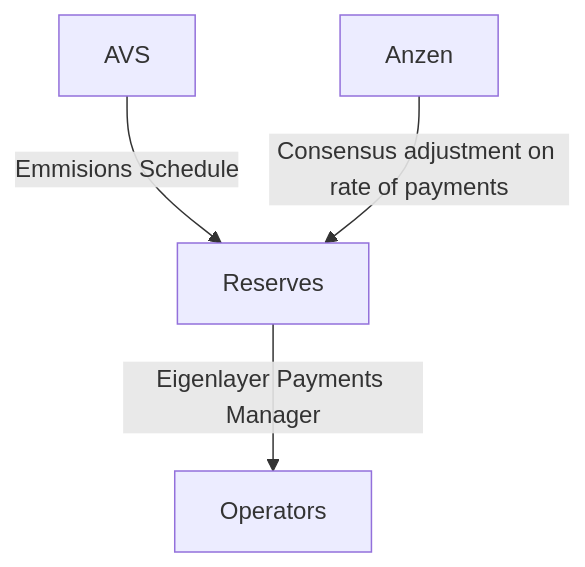
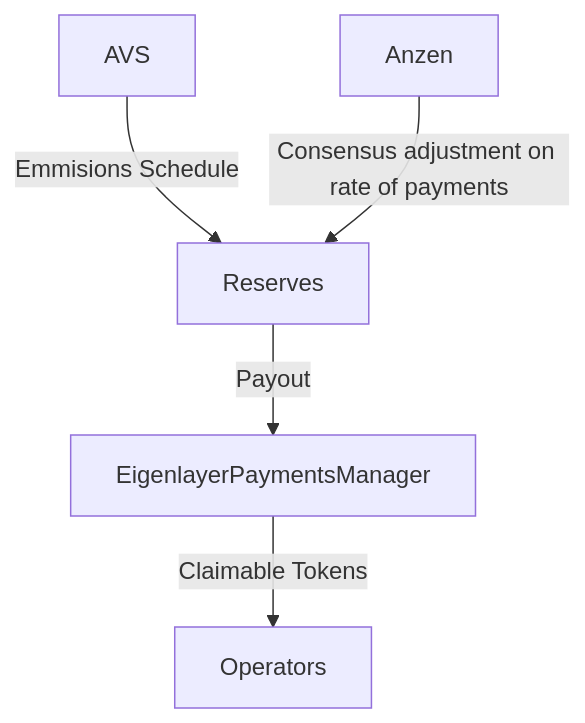
The diagram in README.md (devgod1007/anzen-contracts), drawn with Mermaid before and after one commit. The commit also changed other lines of this file and 3 other files, not shown here.

````diff
--- a/README.md
+++ b/README.md
@@ -14,6 +18,9 @@
 ```mermaid
 graph TD;
 AVS-->|Emmisions Schedule| Reserves;
-Reserves-->|Eigenlayer Payments Manager| Operators
+Reserves-->|Payout| EigenlayerPaymentsManager;
+EigenlayerPaymentsManager-->|Claimable Tokens|Operators;
+
 Anzen-->|Consensus adjustment on rate of payments|Reserves
+
 ```
````
